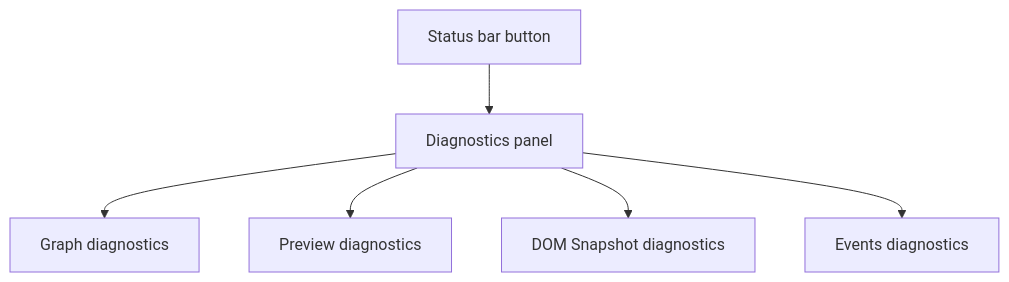
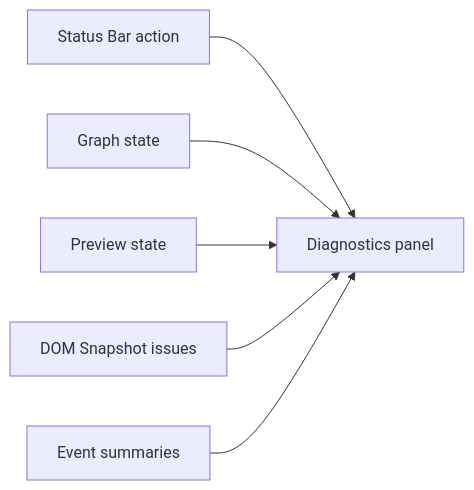
The diagram in docs/architecture/renderer-shell/diagnostics.md (krestosa/Crystal), drawn with Mermaid before and after one commit. The commit also changed other lines of this file and 60 other files, not shown here.

````diff
--- a/docs/architecture/renderer-shell/diagnostics.md
+++ b/docs/architecture/renderer-shell/diagnostics.md
@@ -13,8 +13,8 @@
 ```mermaid
-flowchart TD
-  StatusBar[Status bar button] --> Diagnostics[Diagnostics panel]
-  Diagnostics --> Graph[Graph diagnostics]
-  Diagnostics --> Preview[Preview diagnostics]
-  Diagnostics --> DOM[DOM Snapshot diagnostics]
-  Diagnostics --> Events[Events diagnostics]
+flowchart LR
+  Status[Status Bar action] --> Panel[Diagnostics panel]
+  Graph[Graph state] --> Panel
+  Preview[Preview state] --> Panel
+  Snapshot[DOM Snapshot issues] --> Panel
+  Events[Event summaries] --> Panel
 ```
````
